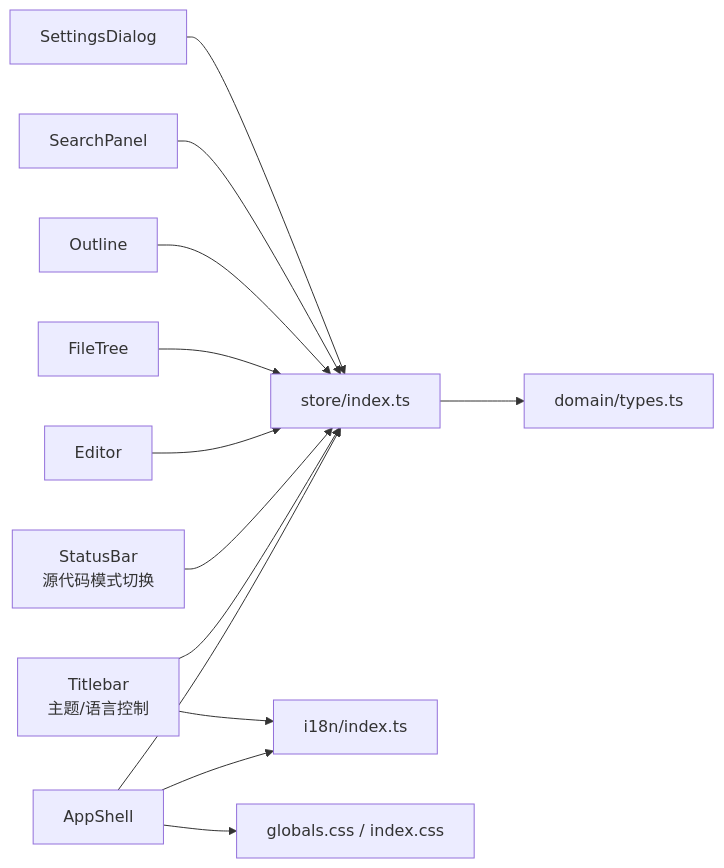
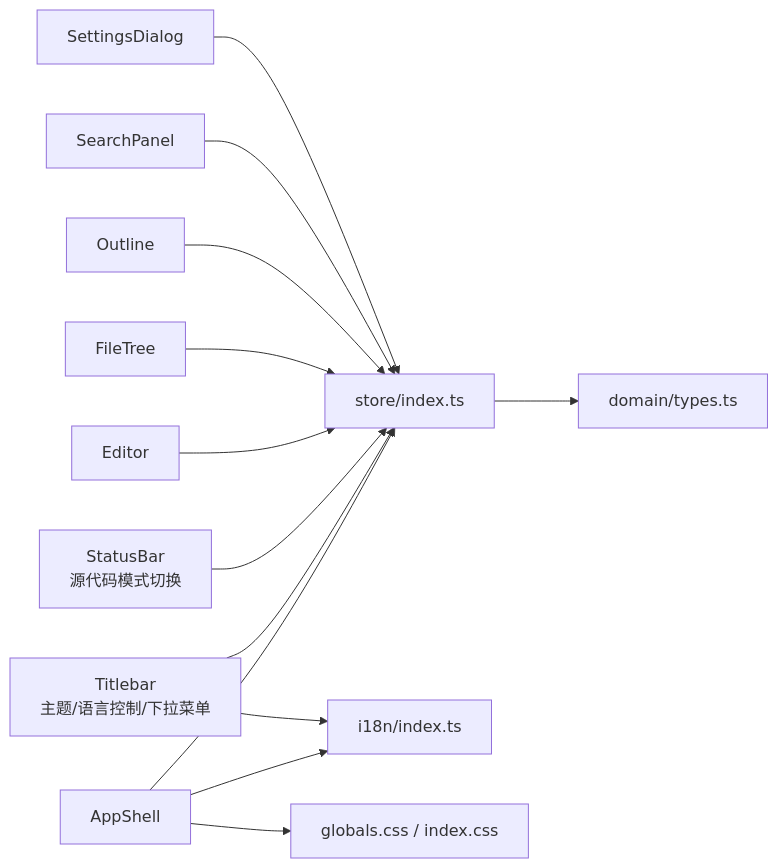
One commit to gongshiyun/ZenNote changed the fourth of 4 diagrams in .qoder/repowiki/zh/content/布局系统.md. Above: the diagram before and after it, drawn with Mermaid. The commit also changed other lines of this file and 8 other files, not shown here.

````diff
--- a/.qoder/repowiki/zh/content/布局系统.md
+++ b/.qoder/repowiki/zh/content/布局系统.md
@@ -390,15 +403,15 @@
 ```mermaid
 graph LR
 AppShell["AppShell"] --> Store["store/index.ts"]
 AppShell --> I18n["i18n/index.ts"]
-Titlebar["Titlebar<br/>主题/语言控制"] --> I18n
+Titlebar["Titlebar<br/>主题/语言控制/下拉菜单"] --> I18n
 Titlebar --> Store
 StatusBar["StatusBar<br/>源代码模式切换"] --> Store
 Editor["Editor"] --> Store
 FileTree["FileTree"] --> Store
 Outline["Outline"] --> Store
 SearchPanel["SearchPanel"] --> Store
 SettingsDialog["SettingsDialog"] --> Store
 AppShell --> Styles["globals.css / index.css"]
 Store --> Types["domain/types.ts"]
 ```
````
